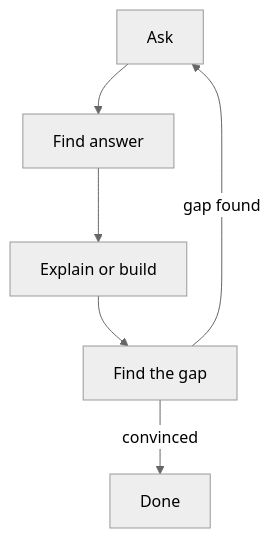
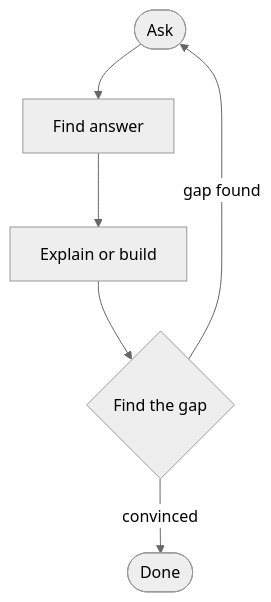
One commit to Rakshan-VP/Knowledge-Base changed the diagram in 10_Guides/(01)General Guides/The Art of Learning.md. Above: the diagram before and after it, drawn with Mermaid (neutral theme). The commit also changed other lines of this file, not shown here.

Commit message:
vault backup: 2026-10-20 04:13:26

````diff
--- a/10_Guides/(01)General Guides/The Art of Learning.md
+++ b/10_Guides/(01)General Guides/The Art of Learning.md
@@ -75,8 +75,8 @@
 ```mermaid
 flowchart TD
-    A[Ask] --> B[Find answer]
+    A([Ask]) --> B[Find answer]
     B --> C[Explain or build]
-    C --> D[Find the gap]
+    C --> D{Find the gap}
     D -->|gap found| A
-    D -->|convinced| E[Done]
+    D -->|convinced| E([Done])
 ```
````
